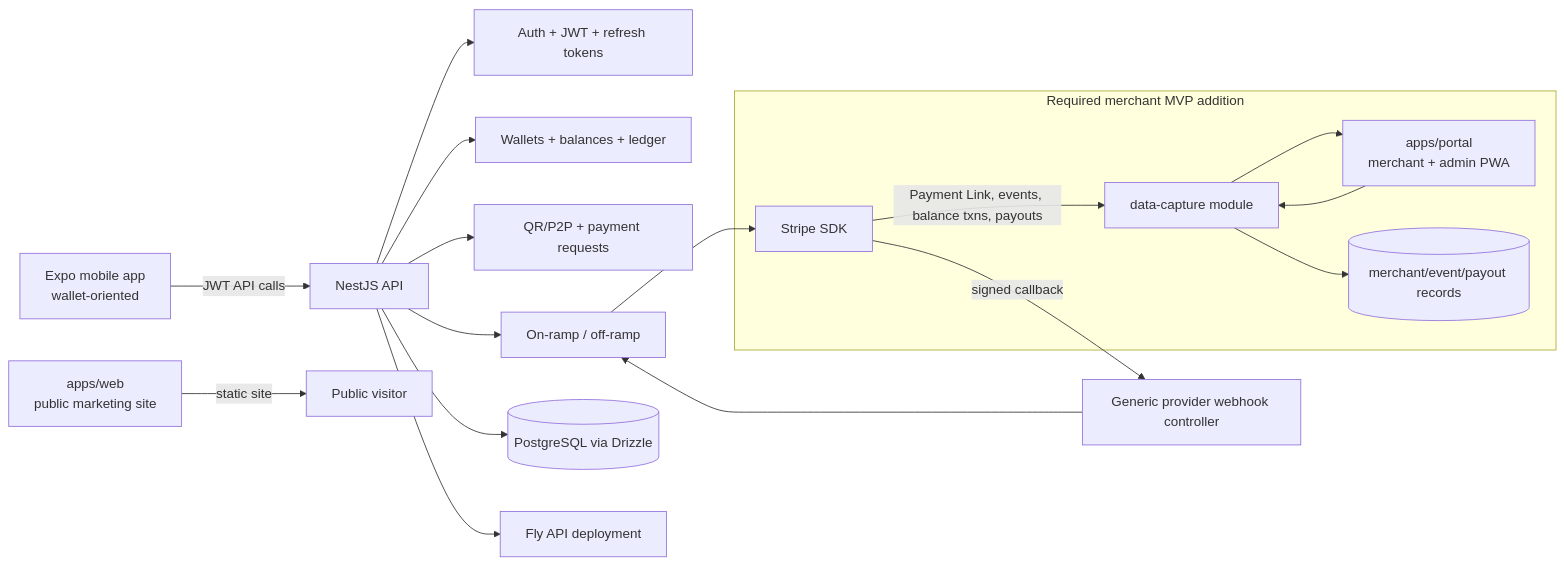
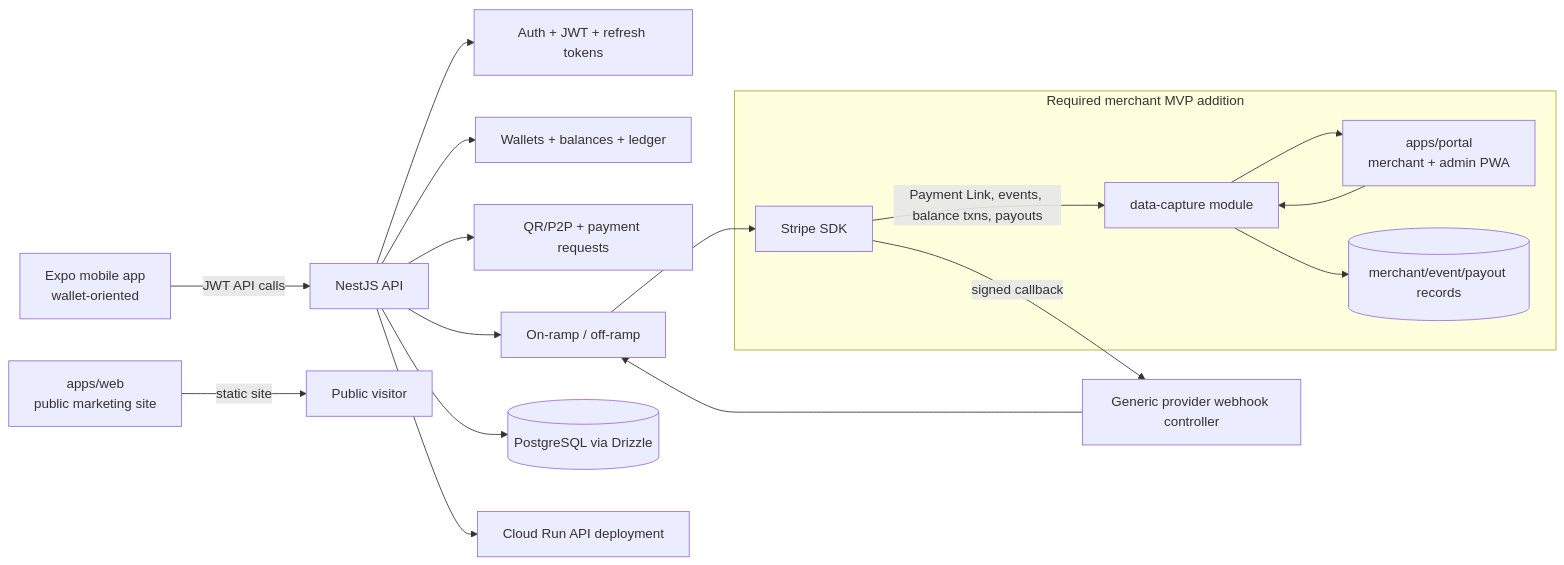
The diagram in docs/month1-demo-audit.md (MCBuse/v1.0), drawn with Mermaid before and after one commit. The commit also changed other lines of this file and 9 other files, not shown here.

Commit message:
chore: remove Fly configuration and related files, transitioning to Cloud Run deployment

````diff
--- a/docs/month1-demo-audit.md
+++ b/docs/month1-demo-audit.md
@@ -42,21 +42,21 @@
 ```mermaid
 flowchart LR
   Mobile[Expo mobile app\nwallet-oriented] -->|JWT API calls| API[NestJS API]
   Marketing[apps/web\npublic marketing site] -->|static site| Visitor[Public visitor]
   API --> Auth[Auth + JWT + refresh tokens]
   API --> Wallets[Wallets + balances + ledger]
   API --> Payments[QR/P2P + payment requests]
   API --> OnOff[On-ramp / off-ramp]
   OnOff --> Stripe[Stripe SDK]
   Stripe -->|signed callback| ExistingWebhook[Generic provider webhook controller]
   ExistingWebhook --> OnOff
   API --> DB[(PostgreSQL via Drizzle)]
-  API --> Fly[Fly API deployment]
+  API --> CloudRun[Cloud Run API deployment]
 
   subgraph Required merchant MVP addition
     Portal[apps/portal\nmerchant + admin PWA] --> CaptureAPI[data-capture module]
     Stripe -->|Payment Link, events, balance txns, payouts| CaptureAPI
     CaptureAPI --> CaptureDB[(merchant/event/payout records)]
     CaptureAPI --> Portal
   end
 ```
````
